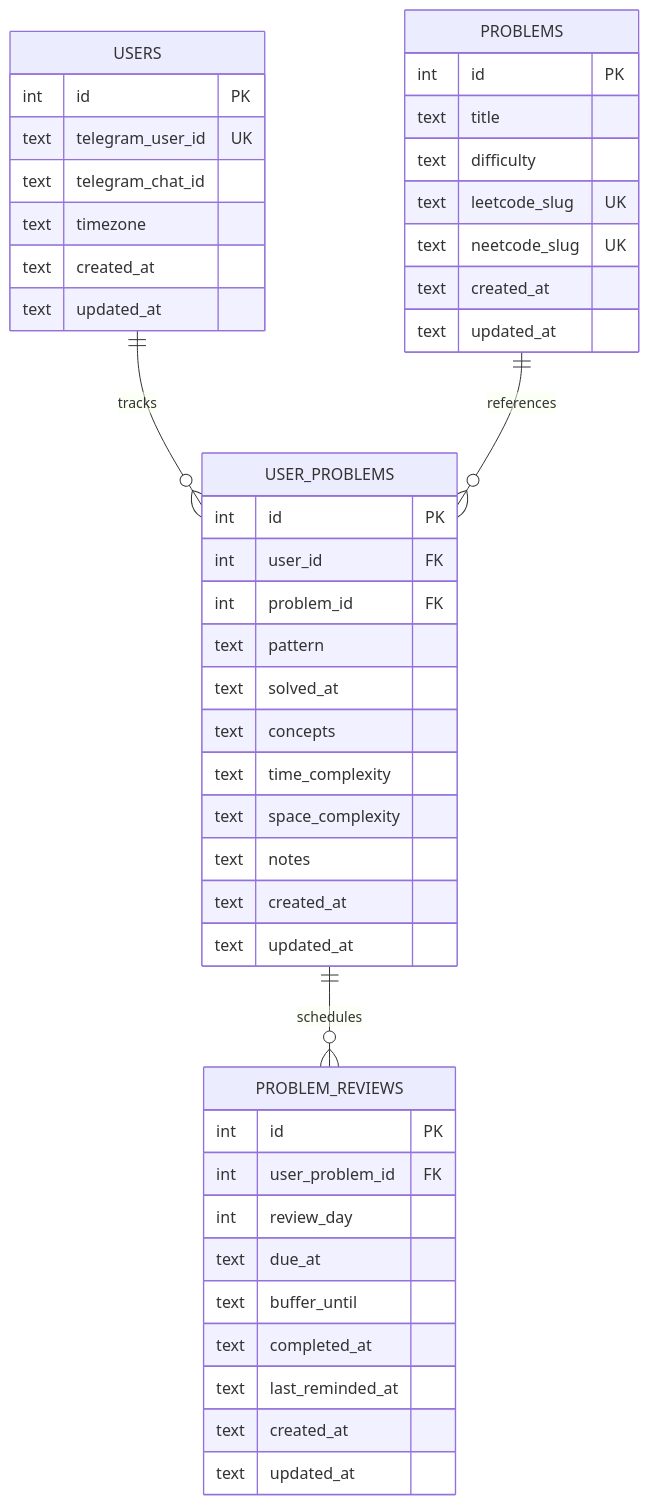
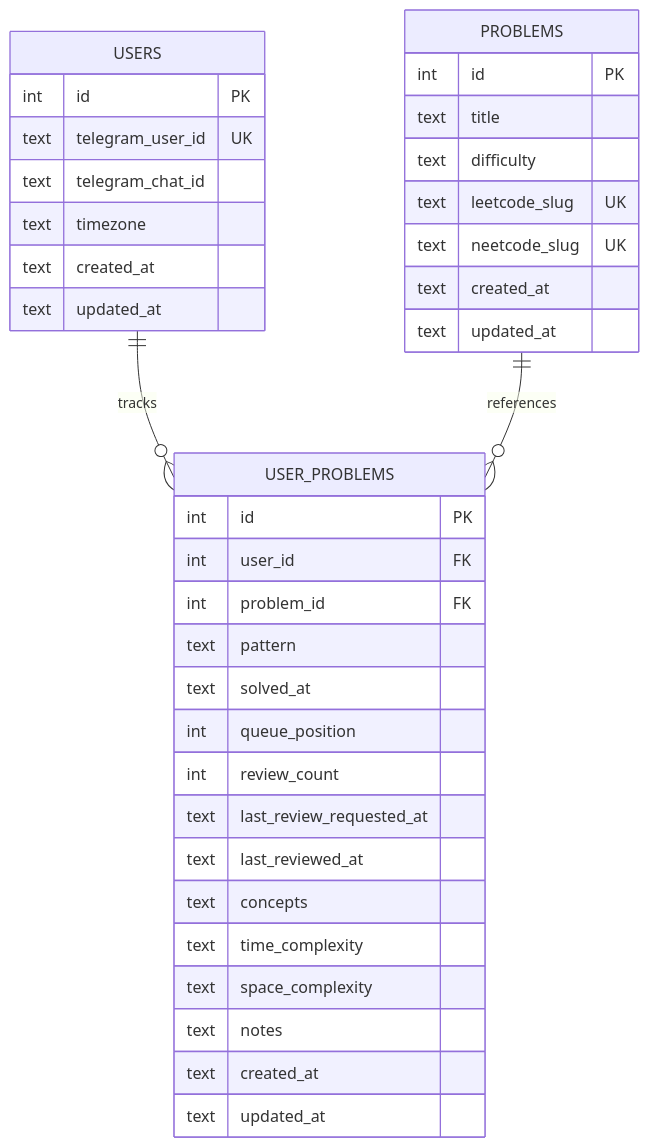
One commit to nayyer28/leetcoach changed the diagram in docs/v1-spec.md. Above: the diagram before and after it, drawn with Mermaid. The commit also changed other lines of this file and 17 other files, not shown here.

Commit message:
feat: switch reminders to review queue

````diff
--- a/docs/v1-spec.md
+++ b/docs/v1-spec.md
@@ -19,51 +19,42 @@
 ```mermaid
 erDiagram
     USERS ||--o{ USER_PROBLEMS : tracks
     PROBLEMS ||--o{ USER_PROBLEMS : references
-    USER_PROBLEMS ||--o{ PROBLEM_REVIEWS : schedules
 
     USERS {
       int id PK
       text telegram_user_id UK
       text telegram_chat_id
       text timezone
       text created_at
       text updated_at
     }
 
     PROBLEMS {
       int id PK
       text title
       text difficulty
       text leetcode_slug UK
       text neetcode_slug UK
       text created_at
       text updated_at
     }
 
     USER_PROBLEMS {
       int id PK
       int user_id FK
       int problem_id FK
       text pattern
       text solved_at
+      int queue_position
+      int review_count
+      text last_review_requested_at
+      text last_reviewed_at
       text concepts
       text time_complexity
       text space_complexity
       text notes
       text created_at
       text updated_at
     }
-
-    PROBLEM_REVIEWS {
-      int id PK
-      int user_problem_id FK
-      int review_day
-      text due_at
-      text buffer_until
-      text completed_at
-      text last_reminded_at
-      text created_at
-      text updated_at
-    }
 ```
````
